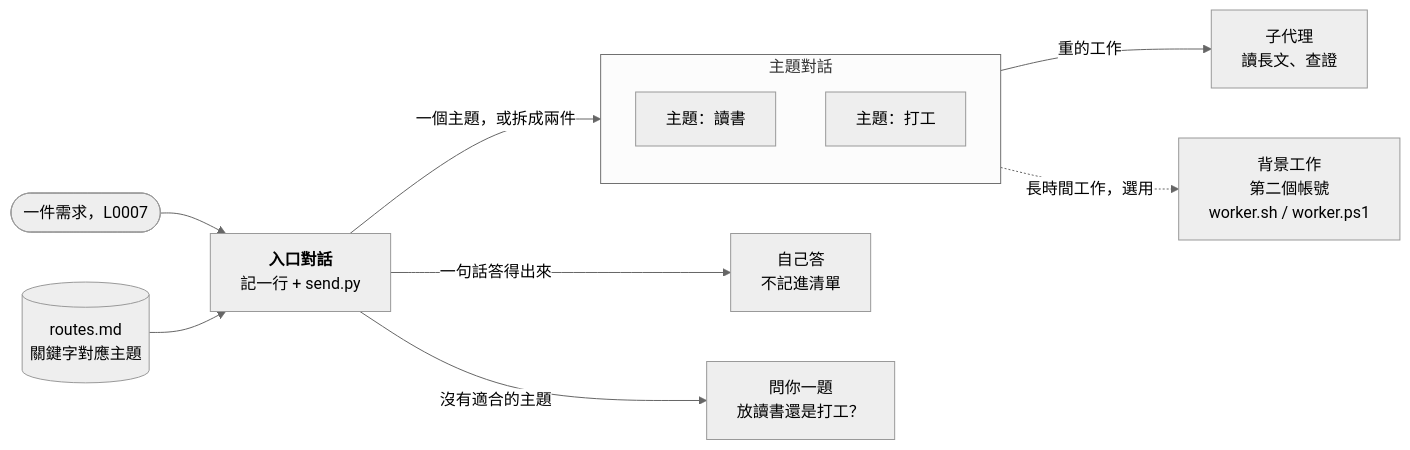
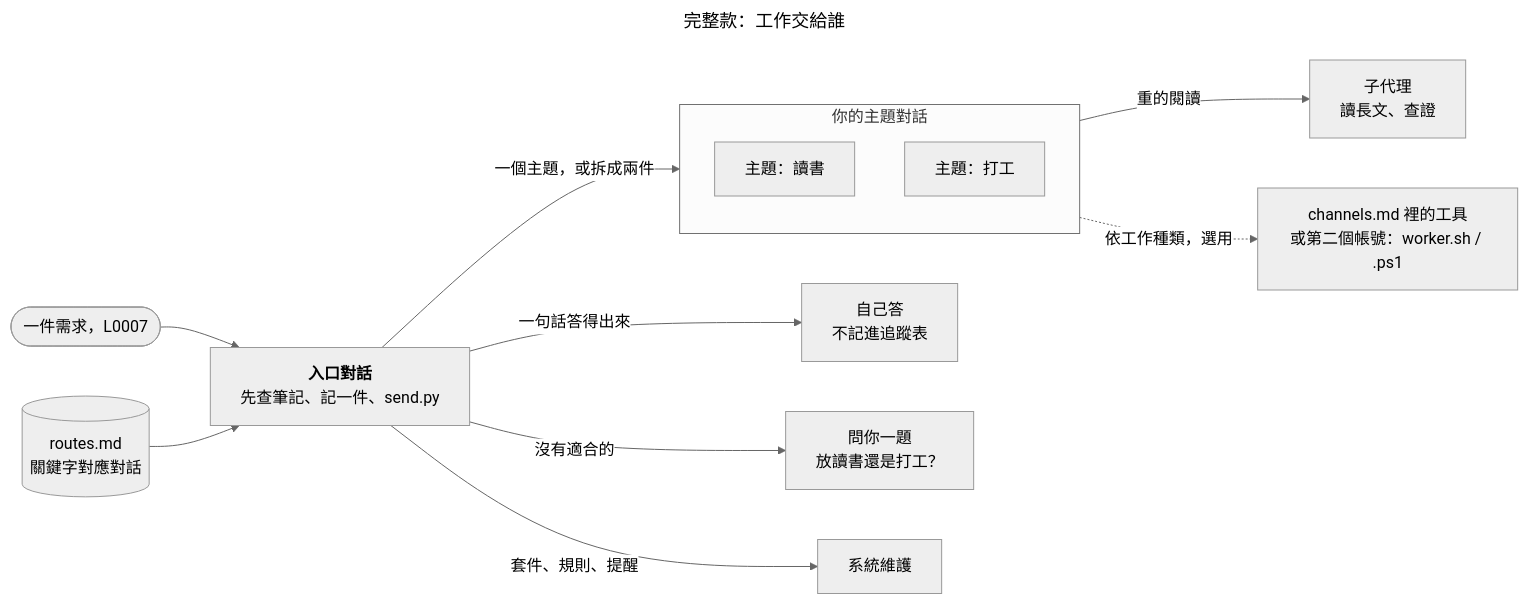
The third of 6 diagrams in docs/zh-TW/進階功能.md (0Smallcat0/second-brain-kit), drawn with Mermaid (neutral theme) before and after one commit. The commit also changed other lines of this file and 48 other files, not shown here.

````diff
--- a/docs/zh-TW/進階功能.md
+++ b/docs/zh-TW/進階功能.md
@@ -94,14 +142,18 @@
 ```mermaid
+---
+title: "完整款：工作交給誰"
+---
 flowchart LR
-  R(["一件需求，L0007"]) --> E["<b>入口對話</b><br/>記一行 + send.py"]
-  T[("routes.md<br/>關鍵字對應主題")] --> E
-  E -->|一句話答得出來| Q["自己答<br/>不記進清單"]
-  E -->|沒有適合的主題| K["問你一題<br/>放讀書還是打工？"]
+  R(["一件需求，L0007"]) --> E["<b>入口對話</b><br/>先查筆記、記一件、send.py"]
+  T[("routes.md<br/>關鍵字對應對話")] --> E
+  E -->|一句話答得出來| Q["自己答<br/>不記進追蹤表"]
+  E -->|沒有適合的| K["問你一題<br/>放讀書還是打工？"]
+  E -->|套件、規則、提醒| M["系統維護"]
   E -->|一個主題，或拆成兩件| Topics
-  subgraph Topics["主題對話"]
+  subgraph Topics["你的主題對話"]
     TA["主題：讀書"]
     TB["主題：打工"]
   end
-  Topics -->|重的工作| S["子代理<br/>讀長文、查證"]
-  Topics -.->|長時間工作，選用| W["背景工作<br/>第二個帳號<br/>worker.sh / worker.ps1"]
+  Topics -->|重的閱讀| S["子代理<br/>讀長文、查證"]
+  Topics -.->|依工作種類，選用| W["channels.md 裡的工具<br/>或第二個帳號：worker.sh / .ps1"]
 ```
````
